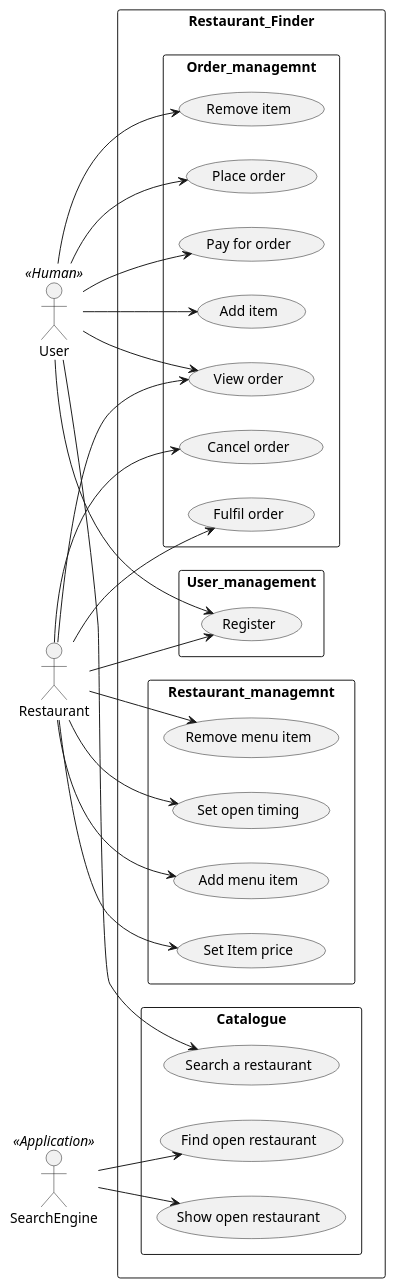
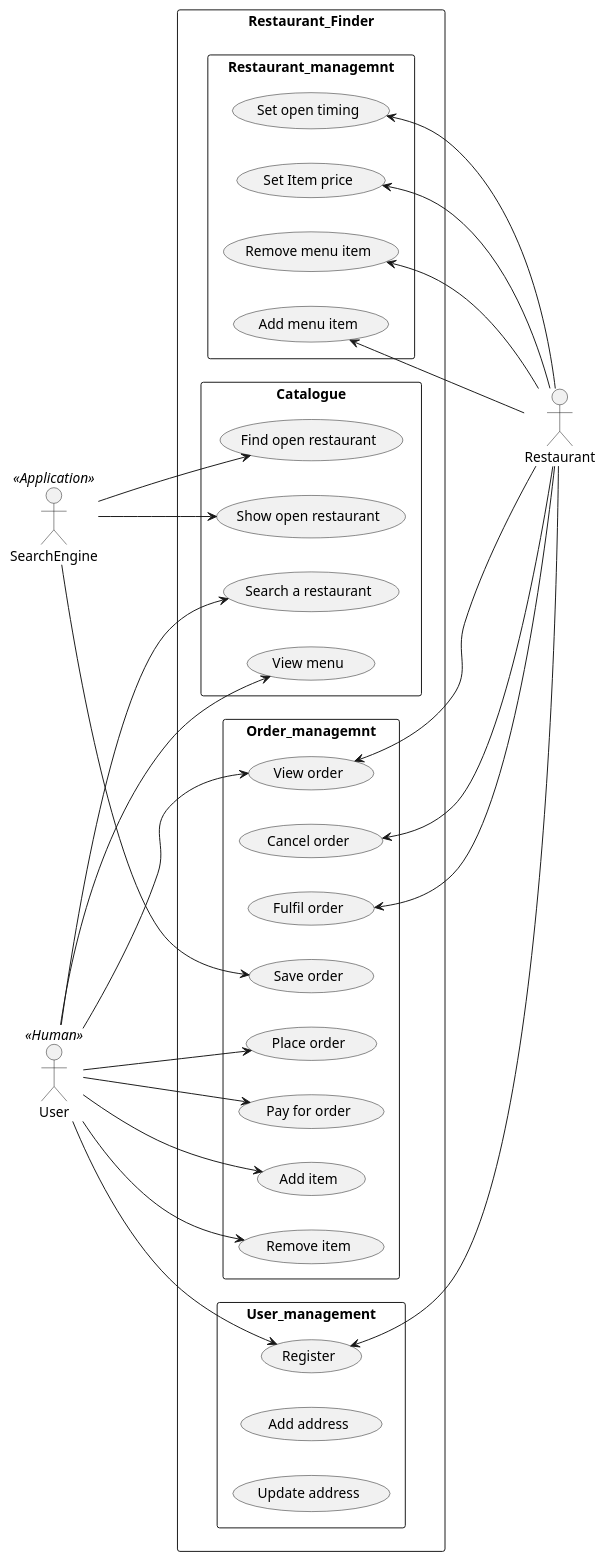
Before and after one commit to kkallapur/EPGP-Restaurant-finder: the diagram in puml/usecases.puml, drawn with PlantUML.

Commit message:
Updated directions

```diff
--- a/puml/usecases.puml
+++ b/puml/usecases.puml
@@ -1,58 +1,68 @@
 @startuml
 left to right direction
 actor User <<Human>>
 actor Restaurant
 actor SearchEngine <<Application>>
 
 rectangle Restaurant_Finder{
 
 rectangle Restaurant_managemnt{
 usecase "Add menu item" as AddMenuItem
 usecase "Set Item price" as SetPrice
 usecase "Remove menu item" as RemMenuItem
 usecase "Set open timing" as TimingSet
 }
 
 rectangle Catalogue{
 usecase "Search a restaurant" as Search1
 usecase "Find open restaurant" as Search2
 usecase "Show open restaurant" as Search3
+usecase "View menu" as Search4
 }
 
 rectangle Order_managemnt{
 usecase "Add item" as Order1
 usecase "Remove item" as Order2
 usecase "Place order" as Order3
 usecase "Fulfil order" as Order4
 usecase "Cancel order" as Order5
 usecase "Pay for order" as Order6
 usecase "View order" as Order7
+usecase "Save order" as Order8
 }
 
 rectangle User_management {
+usecase "Add address" as Reg2
+usecase "Update address" as Reg3
 usecase "Register" as Reg1
 }
 
 }
 
-User --> Reg1
-User --> Search1
-User --> Order1
-User --> Order2
-User --> Order3
-User --> Order6
-User --> Order7
+Restaurant -up--> Reg1
+Restaurant -up--> Order4
+Restaurant -up--> Order5
+Restaurant -up--> Order7
+Restaurant -up--> AddMenuItem
+Restaurant -up--> RemMenuItem
+Restaurant -up--> SetPrice
+Restaurant -up--> TimingSet
 
-Restaurant --> Reg1
-Restaurant --> Order4
-Restaurant --> Order5
-Restaurant --> Order7
-Restaurant --> AddMenuItem
-Restaurant --> RemMenuItem
-Restaurant --> SetPrice
-Restaurant --> TimingSet
+SearchEngine -down--> Search2
+SearchEngine -down--> Search3
+SearchEngine -down--> Order8
 
-SearchEngine --> Search2
-SearchEngine --> Search3
+User -down--> Reg1
+User -down--> Search1
+User -down--> Search4
+User -down--> Order1
+User -down--> Order2
+User -down--> Order3
+User -down--> Order6
+User -down--> Order7
+
+
+
+
 
 @enduml
```
